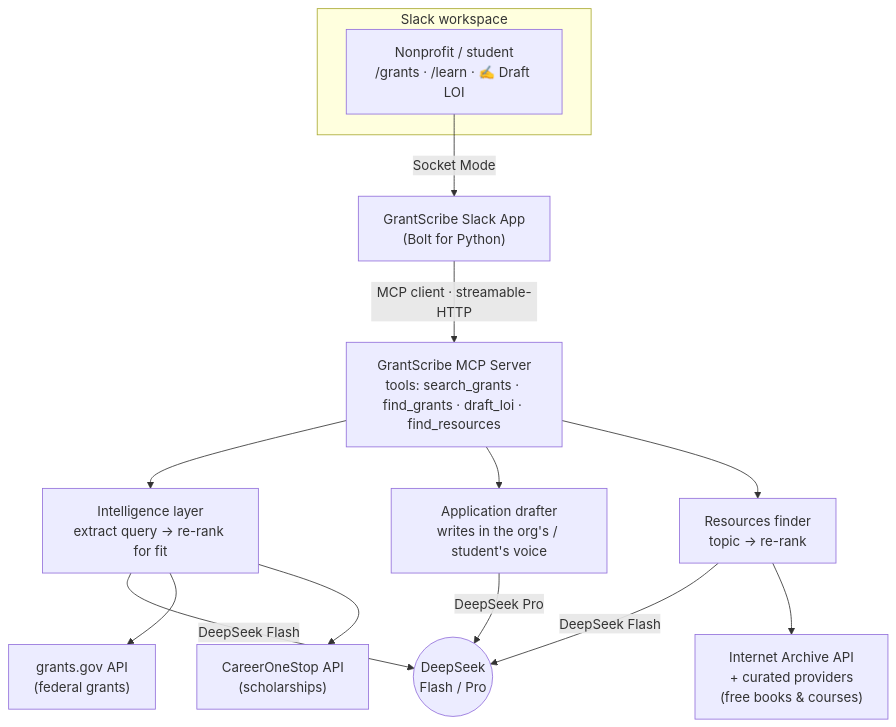
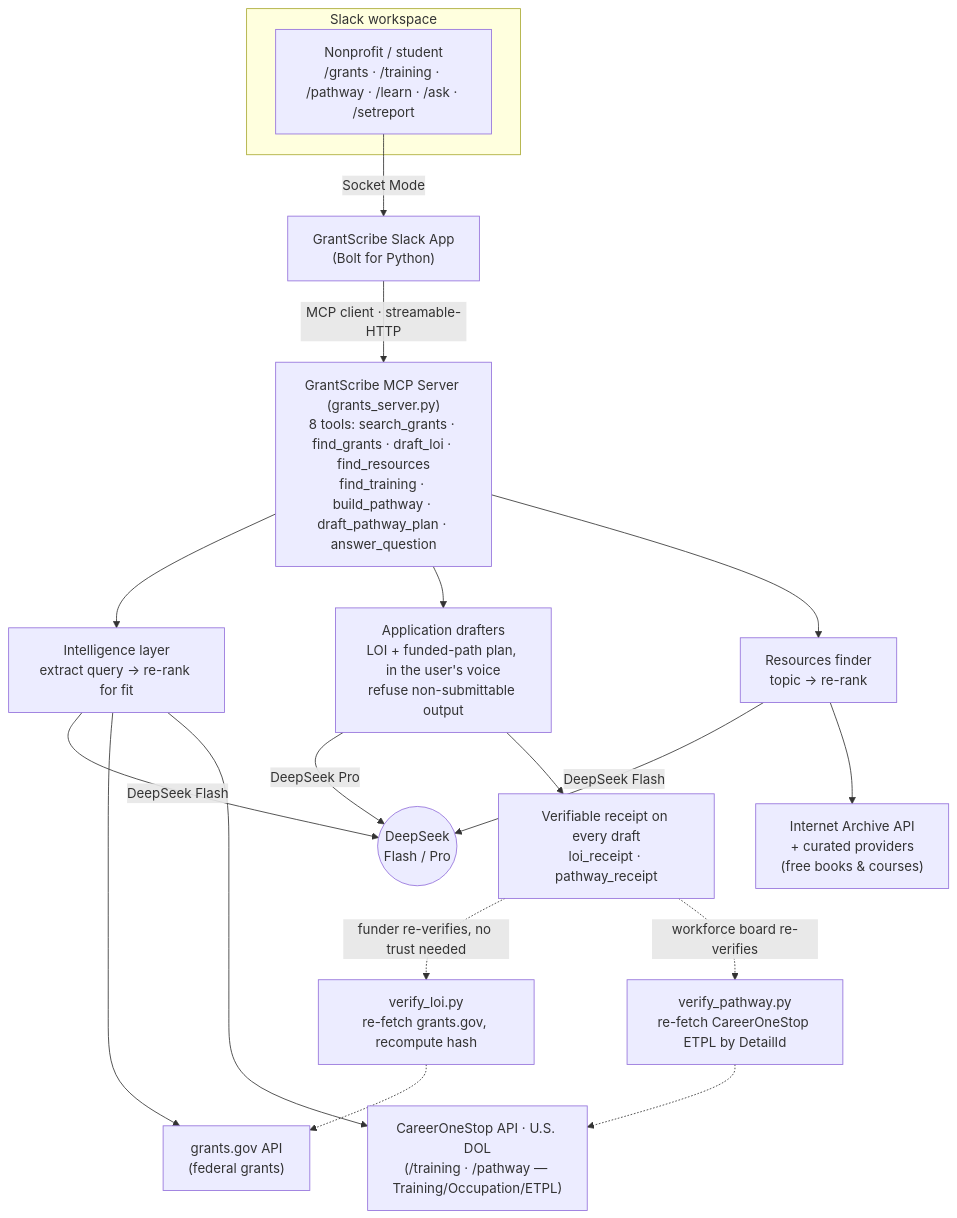
Before and after one commit to Alexander-Sorrell-IT/grantscribe: the diagram in submission/ARCHITECTURE.md, drawn with Mermaid. The commit also changed other lines of this file and 38 other files, not shown here.

First line of the commit message:
Ship the /training + /pathway pillar and reconcile the submission

````diff
--- a/submission/ARCHITECTURE.md
+++ b/submission/ARCHITECTURE.md
@@ -12,21 +12,27 @@
 ```mermaid
 flowchart TD
     subgraph SLACK["Slack workspace"]
-        U["Nonprofit / student<br/>/grants · /learn · ✍️ Draft LOI"]
+        U["Nonprofit / student<br/>/grants · /training · /pathway · /learn · /ask · /setreport"]
     end
 
     U -->|Socket Mode| BOLT["GrantScribe Slack App<br/>(Bolt for Python)"]
-    BOLT -->|MCP client · streamable-HTTP| MCP["GrantScribe MCP Server<br/>tools: search_grants · find_grants · draft_loi · find_resources"]
+    BOLT -->|MCP client · streamable-HTTP| MCP["GrantScribe MCP Server (grants_server.py)<br/>8 tools: search_grants · find_grants · draft_loi · find_resources<br/>find_training · build_pathway · draft_pathway_plan · answer_question"]
 
     MCP --> INTEL["Intelligence layer<br/>extract query → re-rank for fit"]
-    MCP --> DRAFT["Application drafter<br/>writes in the org's / student's voice"]
+    MCP --> DRAFT["Application drafters<br/>LOI + funded-path plan, in the user's voice<br/>refuse non-submittable output"]
     MCP --> RESV["Resources finder<br/>topic → re-rank"]
 
     INTEL -->|DeepSeek Flash| LLM(("DeepSeek<br/>Flash / Pro"))
     DRAFT -->|DeepSeek Pro| LLM
     RESV -->|DeepSeek Flash| LLM
 
     INTEL --> GG["grants.gov API<br/>(federal grants)"]
-    INTEL --> CO["CareerOneStop API<br/>(scholarships)"]
+    INTEL --> CO["CareerOneStop API · U.S. DOL<br/>(/training · /pathway — Training/Occupation/ETPL)"]
     RESV --> IA["Internet Archive API<br/>+ curated providers<br/>(free books & courses)"]
+
+    DRAFT --> RCPT["Verifiable receipt on every draft<br/>loi_receipt · pathway_receipt"]
+    RCPT -.->|funder re-verifies, no trust needed| VLOI["verify_loi.py<br/>re-fetch grants.gov, recompute hash"]
+    RCPT -.->|workforce board re-verifies| VPATH["verify_pathway.py<br/>re-fetch CareerOneStop ETPL by DetailId"]
+    VLOI -.-> GG
+    VPATH -.-> CO
 ```
````
